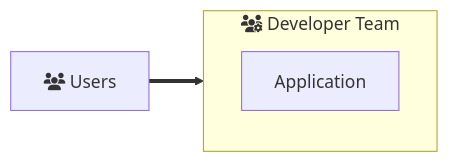
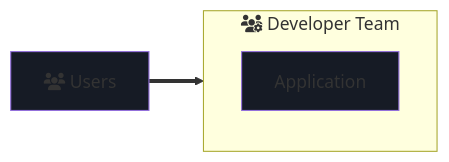
The first of 4 diagrams in framework/docs/src/2_introduction/1_design_space.md (AbstractSDK/abstract), drawn with Mermaid before and after one commit. The commit also changed other lines of this file and 3 other files, not shown here.

Commit message:
docs: improve mermaid diagrams

````diff
--- a/framework/docs/src/2_introduction/1_design_space.md
+++ b/framework/docs/src/2_introduction/1_design_space.md
@@ -15,11 +15,14 @@
 ```mermaid
 flowchart LR
     subgraph Developer Team [fas:fa-users-cog Developer Team]
         %% subgraph Application
             direction BT
             A[Application]
         %% end
     end
 
     User[fa:fa-users Users]==>A
+
+    style User fill:#161b25
+    style A fill:#161b25
 ```
````
